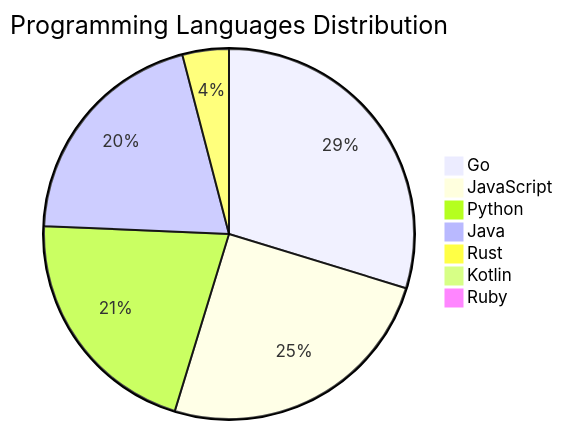
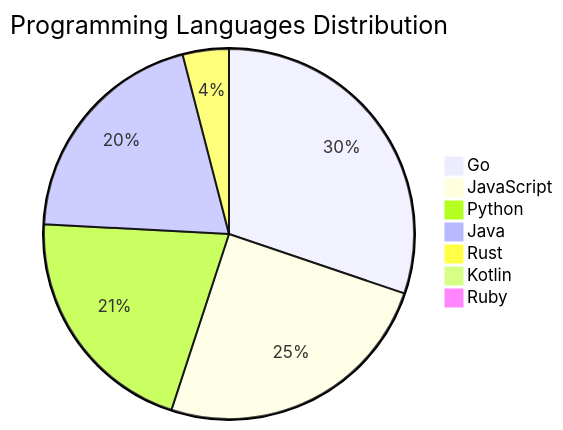
The diagram in README.md (Derrick-MUGISHA/github-activity-bot), drawn with Mermaid before and after one commit. The commit also changed other lines of this file and 4 other files, not shown here.

````diff
--- a/README.md
+++ b/README.md
@@ -207,10 +207,10 @@
 ```mermaid
 pie title Programming Languages Distribution
-    "Go" : 44
+    "Go" : 45
     "JavaScript" : 37
     "Python" : 31
     "Java" : 30
     "Rust" : 6
     "Kotlin" : 1
     "Ruby" : 1
 ```
````
